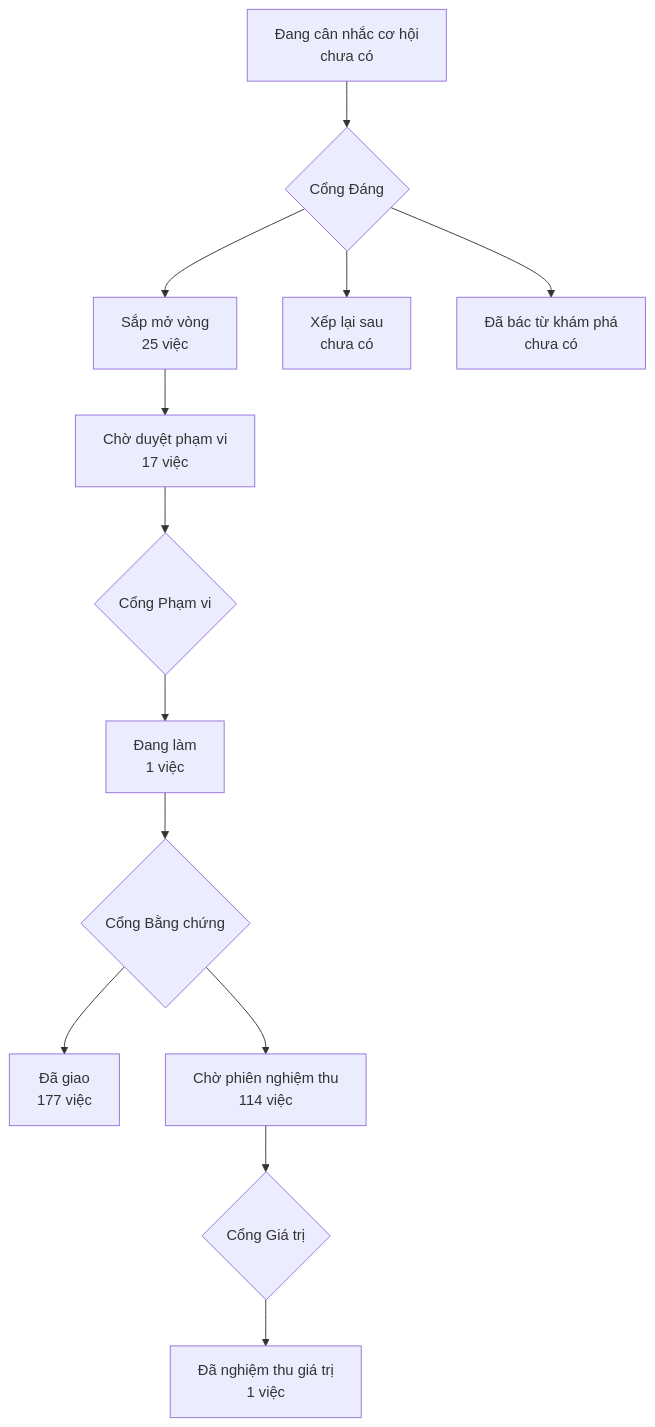
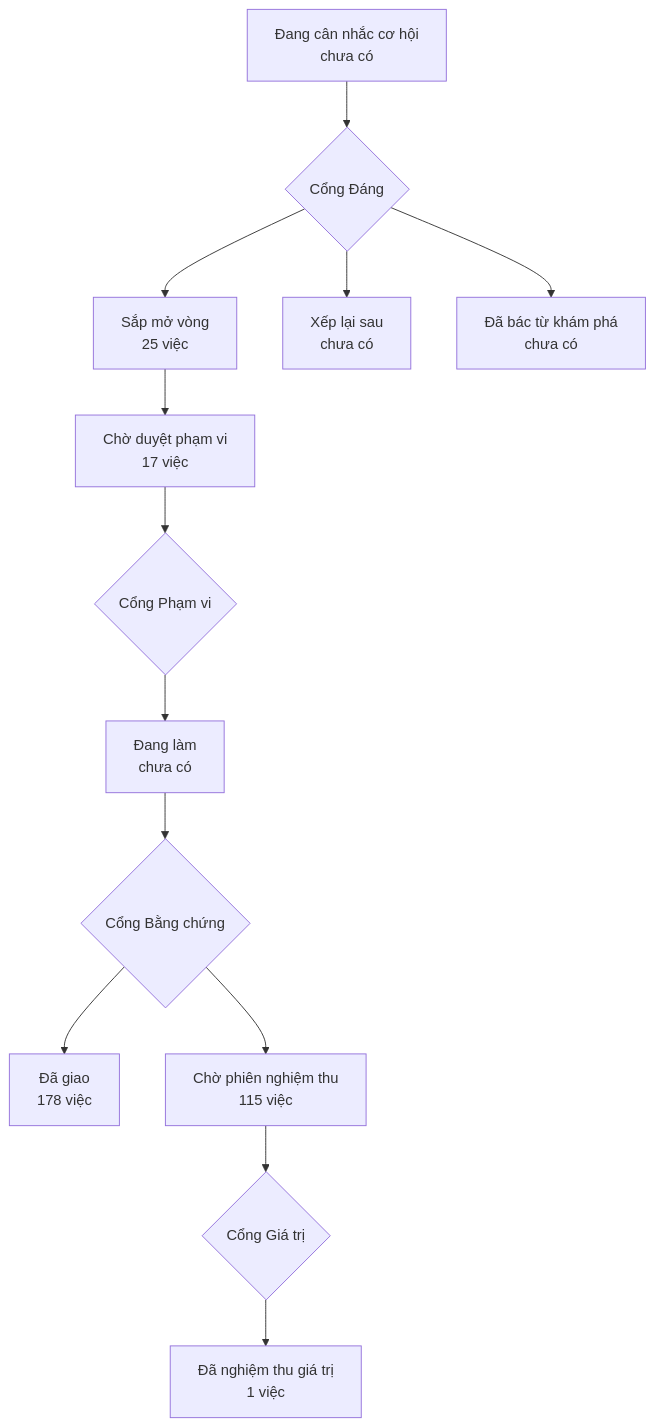
One commit to phanlemanh/onehub-invest changed the diagram in PRODUCT-MAP.md. Above: the diagram before and after it, drawn with Mermaid. The commit also changed other lines of this file and 4 other files, not shown here.

````diff
--- a/PRODUCT-MAP.md
+++ b/PRODUCT-MAP.md
@@ -7,12 +7,12 @@
 ```mermaid
 flowchart TD
   A["Đang cân nhắc cơ hội<br/>chưa có"] --> GD{"Cổng Đáng"}
   GD --> B["Sắp mở vòng<br/>25 việc"]
   GD --> XL["Xếp lại sau<br/>chưa có"]
   GD --> DB["Đã bác từ khám phá<br/>chưa có"]
   B --> CD["Chờ duyệt phạm vi<br/>17 việc"] --> GP{"Cổng Phạm vi"}
-  GP --> DL["Đang làm<br/>1 việc"] --> GB{"Cổng Bằng chứng"}
-  GB --> DG["Đã giao<br/>177 việc"]
-  GB --> CN["Chờ phiên nghiệm thu<br/>114 việc"] --> GG{"Cổng Giá trị"}
+  GP --> DL["Đang làm<br/>chưa có"] --> GB{"Cổng Bằng chứng"}
+  GB --> DG["Đã giao<br/>178 việc"]
+  GB --> CN["Chờ phiên nghiệm thu<br/>115 việc"] --> GG{"Cổng Giá trị"}
   GG --> NT["Đã nghiệm thu giá trị<br/>1 việc"]
 ```
````
